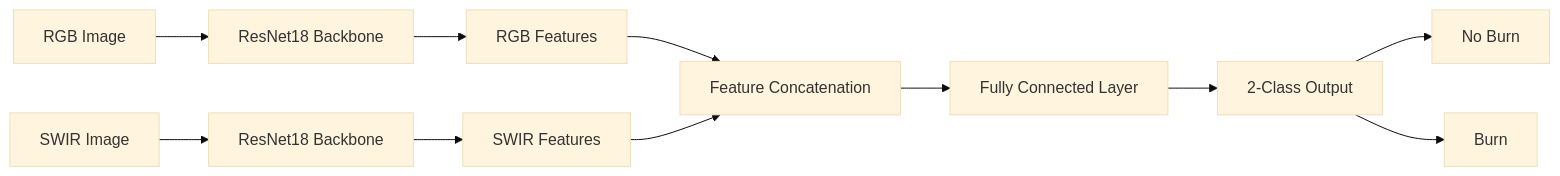
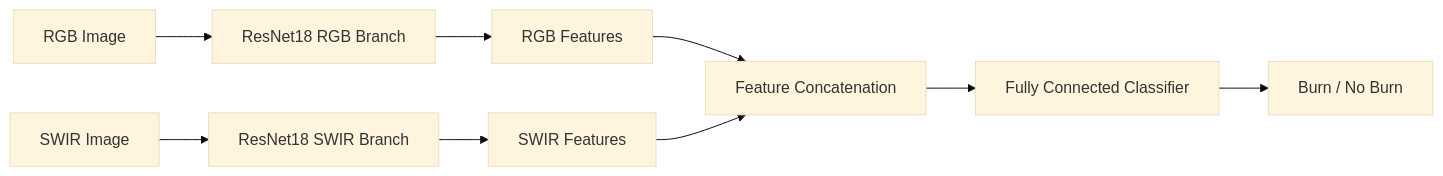
Before and after one commit to apexcoderaziz/Project-Parali: the second of 2 diagrams in README.md, drawn with Mermaid (base theme). The commit also changed other lines of this file, not shown here.

````diff
--- a/README.md
+++ b/README.md
@@ -738,20 +166,14 @@
 ```mermaid
 flowchart LR
+    RGB[RGB Image] --> RGBNET[ResNet18 RGB Branch]
+    SWIR[SWIR Image] --> SWIRNET[ResNet18 SWIR Branch]
 
-    RGB[RGB Image]
-      --> RNET[ResNet18 Backbone]
-      --> RF[RGB Features]
+    RGBNET --> RGBFEATURES[RGB Features]
+    SWIRNET --> SWIRFEATURES[SWIR Features]
 
-    SWIR[SWIR Image]
-      --> SNET[ResNet18 Backbone]
-      --> SF[SWIR Features]
+    RGBFEATURES --> FUSION[Feature Concatenation]
+    SWIRFEATURES --> FUSION
 
-    RF --> CAT[Feature Concatenation]
-    SF --> CAT
-
-    CAT --> FC[Fully Connected Layer]
-    FC --> CLS[2-Class Output]
-
-    CLS --> NOBURN[No Burn]
-    CLS --> BURN[Burn]
+    FUSION --> CLASSIFIER[Fully Connected Classifier]
+    CLASSIFIER --> OUTPUT[Burn / No Burn]
 ```
````
